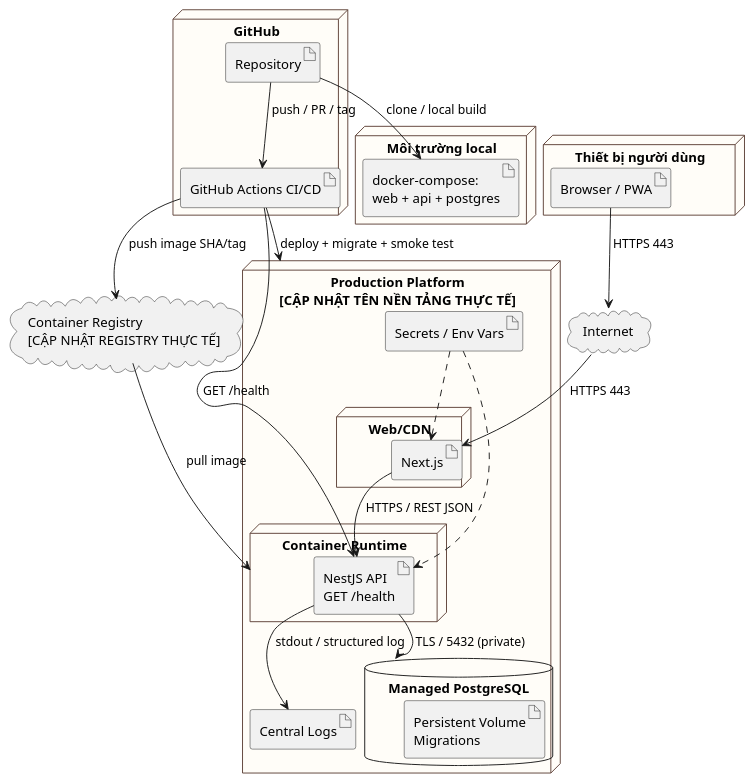
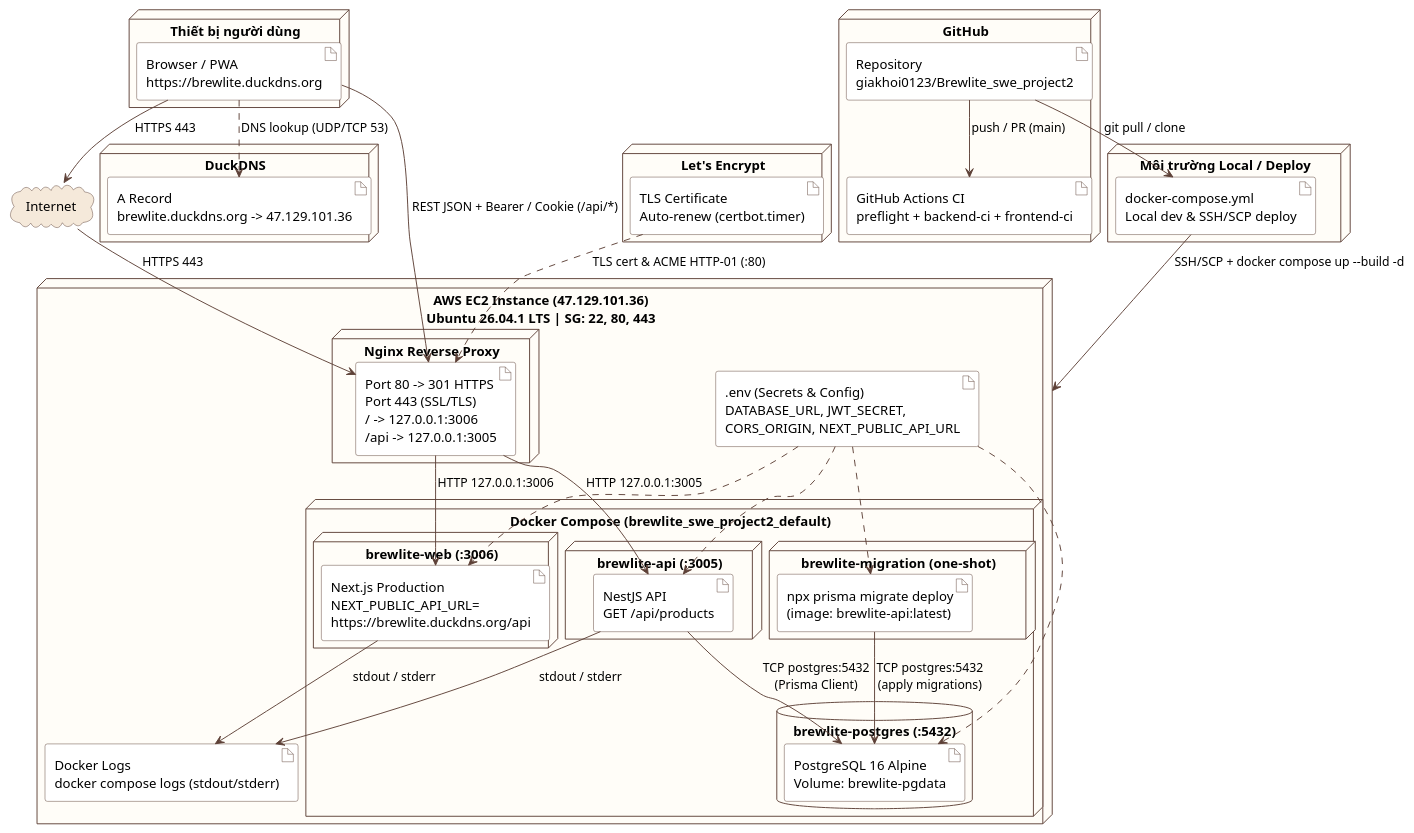
Before and after one commit to giakhoi0123/Brewlite_swe_project2: the diagram in docs/diagrams/deployment-target.puml, drawn with PlantUML.

Commit message:
update deployment-target puml

```diff
--- a/docs/diagrams/deployment-target.puml
+++ b/docs/diagrams/deployment-target.puml
@@ -1,53 +1,94 @@
 @startuml
 !pragma layout smetana
 skinparam shadowing false
 skinparam defaultFontName "Noto Sans"
+skinparam ArrowColor #5D4037
 skinparam node {
   BackgroundColor #FFFDF8
   BorderColor #5D4037
 }
+skinparam database {
+  BackgroundColor #FFFDF8
+  BorderColor #5D4037
+}
+skinparam cloud {
+  BackgroundColor #F5E9DA
+  BorderColor #5D4037
+}
+skinparam artifact {
+  BackgroundColor #FFFFFF
+  BorderColor #5D4037
+}
 
 node "Thiết bị người dùng" as client {
-  artifact "Browser / PWA" as pwa
+  artifact "Browser / PWA\nhttps://brewlite.duckdns.org" as pwa
 }
 
 cloud "Internet" as internet
 
-node "Production Platform\n[CẬP NHẬT TÊN NỀN TẢNG THỰC TẾ]" as prod {
-  node "Web/CDN" as web {
-    artifact "Next.js" as next
+node "DuckDNS" as dns {
+  artifact "A Record\nbrewlite.duckdns.org -> 47.129.101.36" as dnsrec
+}
+
+node "Let's Encrypt" as le {
+  artifact "TLS Certificate\nAuto-renew (certbot.timer)" as cert
+}
+
+node "AWS EC2 Instance (47.129.101.36)\nUbuntu 26.04.1 LTS | SG: 22, 80, 443" as ec2 {
+  node "Nginx Reverse Proxy" as nginx {
+    artifact "Port 80 -> 301 HTTPS\nPort 443 (SSL/TLS)\n/ -> 127.0.0.1:3006\n/api -> 127.0.0.1:3005" as proxy
   }
-  node "Container Runtime" as api {
-    artifact "NestJS API\nGET /health" as nest
+
+  node "Docker Compose (brewlite_swe_project2_default)" as compose_net {
+    node "brewlite-web (:3006)" as web {
+      artifact "Next.js Production\nNEXT_PUBLIC_API_URL=\nhttps://brewlite.duckdns.org/api" as next
+    }
+
+    node "brewlite-api (:3005)" as api {
+      artifact "NestJS API\nGET /api/products" as nest
+    }
+
+    node "brewlite-migration (one-shot)" as mig {
+      artifact "npx prisma migrate deploy\n(image: brewlite-api:latest)" as migrate
+    }
+
+    database "brewlite-postgres (:5432)" as db {
+      artifact "PostgreSQL 16 Alpine\nVolume: brewlite-pgdata" as storage
+    }
   }
-  database "Managed PostgreSQL" as db {
-    artifact "Persistent Volume\nMigrations" as storage
-  }
-  artifact "Central Logs" as logs
-  artifact "Secrets / Env Vars" as secrets
+
+  artifact ".env (Secrets & Config)\nDATABASE_URL, JWT_SECRET,\nCORS_ORIGIN, NEXT_PUBLIC_API_URL" as secrets
+  artifact "Docker Logs\ndocker compose logs (stdout/stderr)" as logs
 }
 
 node "GitHub" as github {
-  artifact "Repository" as repo
-  artifact "GitHub Actions CI/CD" as actions
+  artifact "Repository\ngiakhoi0123/Brewlite_swe_project2" as repo
+  artifact "GitHub Actions CI\npreflight + backend-ci + frontend-ci" as actions
 }
 
-cloud "Container Registry\n[CẬP NHẬT REGISTRY THỰC TẾ]" as registry
-node "Môi trường local" as local {
-  artifact "docker-compose:\nweb + api + postgres" as compose
+node "Môi trường Local / Deploy" as local {
+  artifact "docker-compose.yml\nLocal dev & SSH/SCP deploy" as local_compose
 }
 
 pwa --> internet : HTTPS 443
-internet --> next : HTTPS 443
-next --> nest : HTTPS / REST JSON
-nest --> db : TLS / 5432 (private)
-nest --> logs : stdout / structured log
+pwa ..> dnsrec : DNS lookup (UDP/TCP 53)
+internet --> proxy : HTTPS 443
+cert ..> proxy : TLS cert & ACME HTTP-01 (:80)
+
+proxy --> next : HTTP 127.0.0.1:3006
+proxy --> nest : HTTP 127.0.0.1:3005
+pwa --> proxy : REST JSON + Bearer / Cookie (/api/*)
+
+migrate --> storage : TCP postgres:5432\n(apply migrations)
+nest --> storage : TCP postgres:5432\n(Prisma Client)
+nest --> logs : stdout / stderr
+next --> logs : stdout / stderr
 secrets ..> next
 secrets ..> nest
-repo --> actions : push / PR / tag
-actions --> registry : push image SHA/tag
-registry --> api : pull image
-actions --> prod : deploy + migrate + smoke test
-actions --> nest : GET /health
-repo --> compose : clone / local build
+secrets ..> migrate
+secrets ..> storage
+
+repo --> actions : push / PR (main)
+repo --> local_compose : git pull / clone
+local_compose --> ec2 : SSH/SCP + docker compose up --build -d
 @enduml
```
